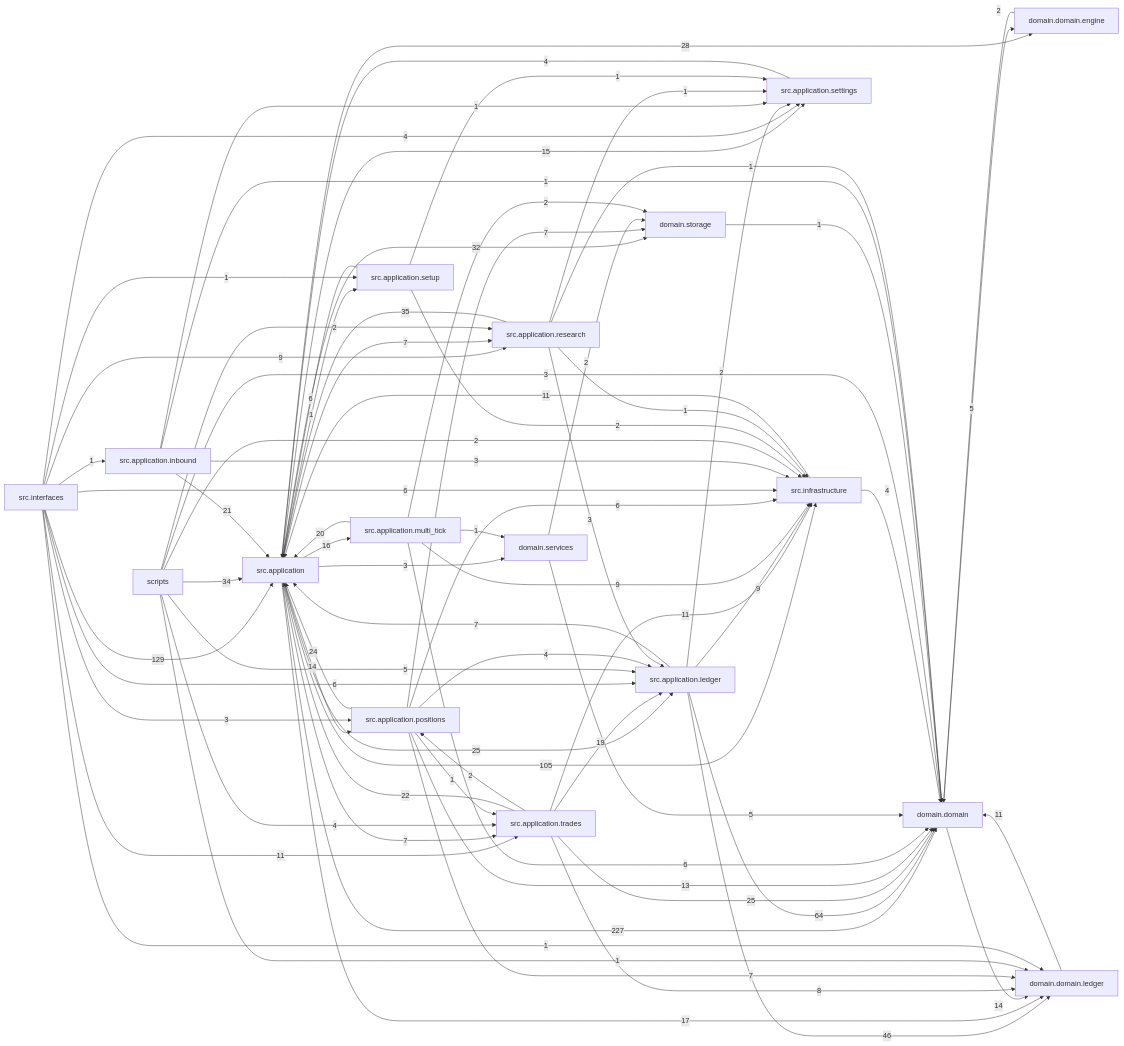
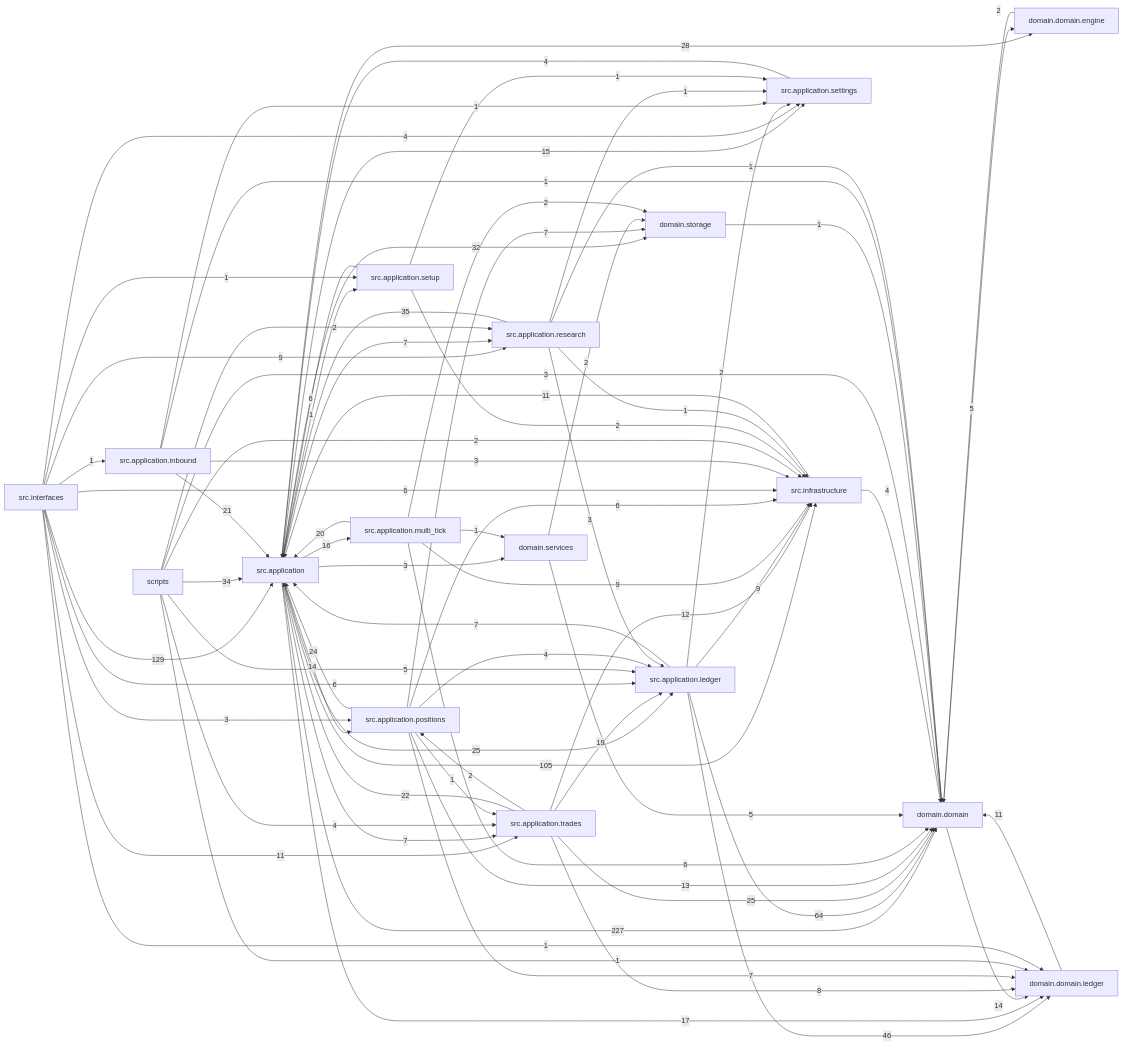
One commit to liuxie066/options-monitor changed the diagram in docs/dependency_graph.mmd. Above: the diagram before and after it, drawn with Mermaid. The commit also changed 15 other files, not shown here.

```diff
--- a/docs/dependency_graph.mmd
+++ b/docs/dependency_graph.mmd
@@ -1,76 +1,76 @@
 flowchart LR
   src_application["src.application"] -->|227| domain_domain["domain.domain"]
   src_interfaces["src.interfaces"] -->|129| src_application["src.application"]
   src_application["src.application"] -->|105| src_infrastructure["src.infrastructure"]
   src_application_ledger["src.application.ledger"] -->|64| domain_domain["domain.domain"]
   src_application_ledger["src.application.ledger"] -->|46| domain_domain_ledger["domain.domain.ledger"]
   src_application_research["src.application.research"] -->|35| src_application["src.application"]
   scripts["scripts"] -->|34| src_application["src.application"]
   src_application["src.application"] -->|32| domain_storage["domain.storage"]
   src_application["src.application"] -->|28| domain_domain_engine["domain.domain.engine"]
   src_application["src.application"] -->|25| src_application_ledger["src.application.ledger"]
   src_application_trades["src.application.trades"] -->|25| domain_domain["domain.domain"]
   src_application_positions["src.application.positions"] -->|24| src_application["src.application"]
   src_application_trades["src.application.trades"] -->|22| src_application["src.application"]
   src_application_inbound["src.application.inbound"] -->|21| src_application["src.application"]
   src_application_multi_tick["src.application.multi_tick"] -->|20| src_application["src.application"]
   src_application_trades["src.application.trades"] -->|19| src_application_ledger["src.application.ledger"]
   src_application["src.application"] -->|17| domain_domain_ledger["domain.domain.ledger"]
   src_application["src.application"] -->|16| src_application_multi_tick["src.application.multi_tick"]
   src_application["src.application"] -->|15| src_application_settings["src.application.settings"]
   domain_domain["domain.domain"] -->|14| domain_domain_ledger["domain.domain.ledger"]
   src_application["src.application"] -->|14| src_application_positions["src.application.positions"]
   src_application_positions["src.application.positions"] -->|13| domain_domain["domain.domain"]
+  src_application_trades["src.application.trades"] -->|12| src_infrastructure["src.infrastructure"]
   domain_domain_ledger["domain.domain.ledger"] -->|11| domain_domain["domain.domain"]
-  src_application_trades["src.application.trades"] -->|11| src_infrastructure["src.infrastructure"]
   src_infrastructure["src.infrastructure"] -->|11| src_application["src.application"]
   src_interfaces["src.interfaces"] -->|11| src_application_trades["src.application.trades"]
   src_application_ledger["src.application.ledger"] -->|9| src_infrastructure["src.infrastructure"]
   src_application_multi_tick["src.application.multi_tick"] -->|9| src_infrastructure["src.infrastructure"]
   src_interfaces["src.interfaces"] -->|9| src_application_research["src.application.research"]
   src_application_trades["src.application.trades"] -->|8| domain_domain_ledger["domain.domain.ledger"]
   src_application["src.application"] -->|7| src_application_research["src.application.research"]
   src_application["src.application"] -->|7| src_application_trades["src.application.trades"]
   src_application_ledger["src.application.ledger"] -->|7| src_application["src.application"]
   src_application_positions["src.application.positions"] -->|7| domain_domain_ledger["domain.domain.ledger"]
   src_application_positions["src.application.positions"] -->|7| domain_storage["domain.storage"]
   src_application_multi_tick["src.application.multi_tick"] -->|6| domain_domain["domain.domain"]
   src_application_positions["src.application.positions"] -->|6| src_infrastructure["src.infrastructure"]
   src_application_setup["src.application.setup"] -->|6| src_application["src.application"]
   src_interfaces["src.interfaces"] -->|6| src_application_ledger["src.application.ledger"]
   src_interfaces["src.interfaces"] -->|6| src_infrastructure["src.infrastructure"]
   domain_domain["domain.domain"] -->|5| domain_domain_engine["domain.domain.engine"]
   domain_services["domain.services"] -->|5| domain_domain["domain.domain"]
   scripts["scripts"] -->|5| src_application_ledger["src.application.ledger"]
   scripts["scripts"] -->|4| src_application_trades["src.application.trades"]
   src_application_positions["src.application.positions"] -->|4| src_application_ledger["src.application.ledger"]
   src_application_settings["src.application.settings"] -->|4| src_application["src.application"]
   src_infrastructure["src.infrastructure"] -->|4| domain_domain["domain.domain"]
   src_interfaces["src.interfaces"] -->|4| src_application_settings["src.application.settings"]
   scripts["scripts"] -->|3| domain_domain["domain.domain"]
   src_application["src.application"] -->|3| domain_services["domain.services"]
   src_application_inbound["src.application.inbound"] -->|3| src_infrastructure["src.infrastructure"]
   src_application_research["src.application.research"] -->|3| src_application_ledger["src.application.ledger"]
   src_interfaces["src.interfaces"] -->|3| src_application_positions["src.application.positions"]
   domain_domain_engine["domain.domain.engine"] -->|2| domain_domain["domain.domain"]
   domain_services["domain.services"] -->|2| domain_storage["domain.storage"]
   scripts["scripts"] -->|2| src_application_research["src.application.research"]
   scripts["scripts"] -->|2| src_infrastructure["src.infrastructure"]
   src_application_ledger["src.application.ledger"] -->|2| src_application_settings["src.application.settings"]
   src_application_multi_tick["src.application.multi_tick"] -->|2| domain_storage["domain.storage"]
   src_application_setup["src.application.setup"] -->|2| src_infrastructure["src.infrastructure"]
   src_application_trades["src.application.trades"] -->|2| src_application_positions["src.application.positions"]
   domain_storage["domain.storage"] -->|1| domain_domain["domain.domain"]
   scripts["scripts"] -->|1| domain_domain_ledger["domain.domain.ledger"]
   src_application["src.application"] -->|1| src_application_setup["src.application.setup"]
   src_application_inbound["src.application.inbound"] -->|1| domain_domain["domain.domain"]
   src_application_inbound["src.application.inbound"] -->|1| src_application_settings["src.application.settings"]
   src_application_multi_tick["src.application.multi_tick"] -->|1| domain_services["domain.services"]
   src_application_positions["src.application.positions"] -->|1| src_application_trades["src.application.trades"]
   src_application_research["src.application.research"] -->|1| domain_domain["domain.domain"]
   src_application_research["src.application.research"] -->|1| src_application_settings["src.application.settings"]
   src_application_research["src.application.research"] -->|1| src_infrastructure["src.infrastructure"]
   src_application_setup["src.application.setup"] -->|1| src_application_settings["src.application.settings"]
   src_interfaces["src.interfaces"] -->|1| domain_domain_ledger["domain.domain.ledger"]
   src_interfaces["src.interfaces"] -->|1| src_application_inbound["src.application.inbound"]
   src_interfaces["src.interfaces"] -->|1| src_application_setup["src.application.setup"]
```
